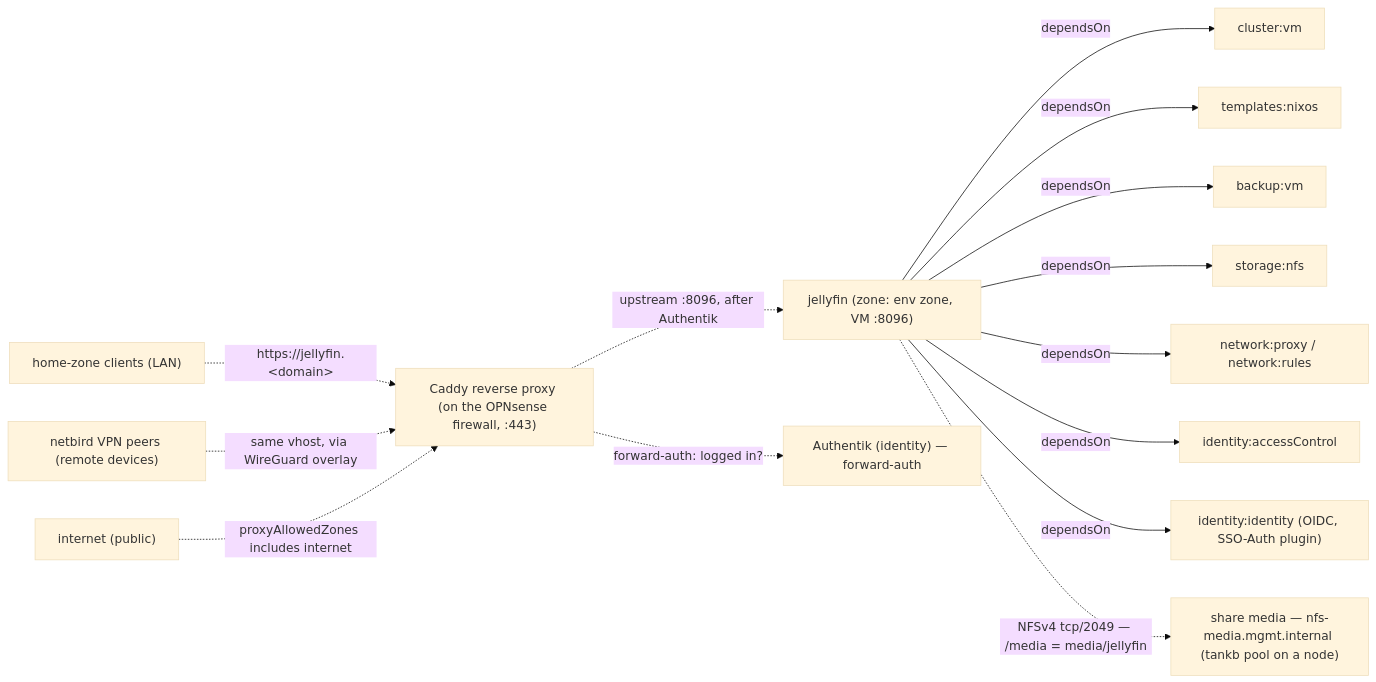
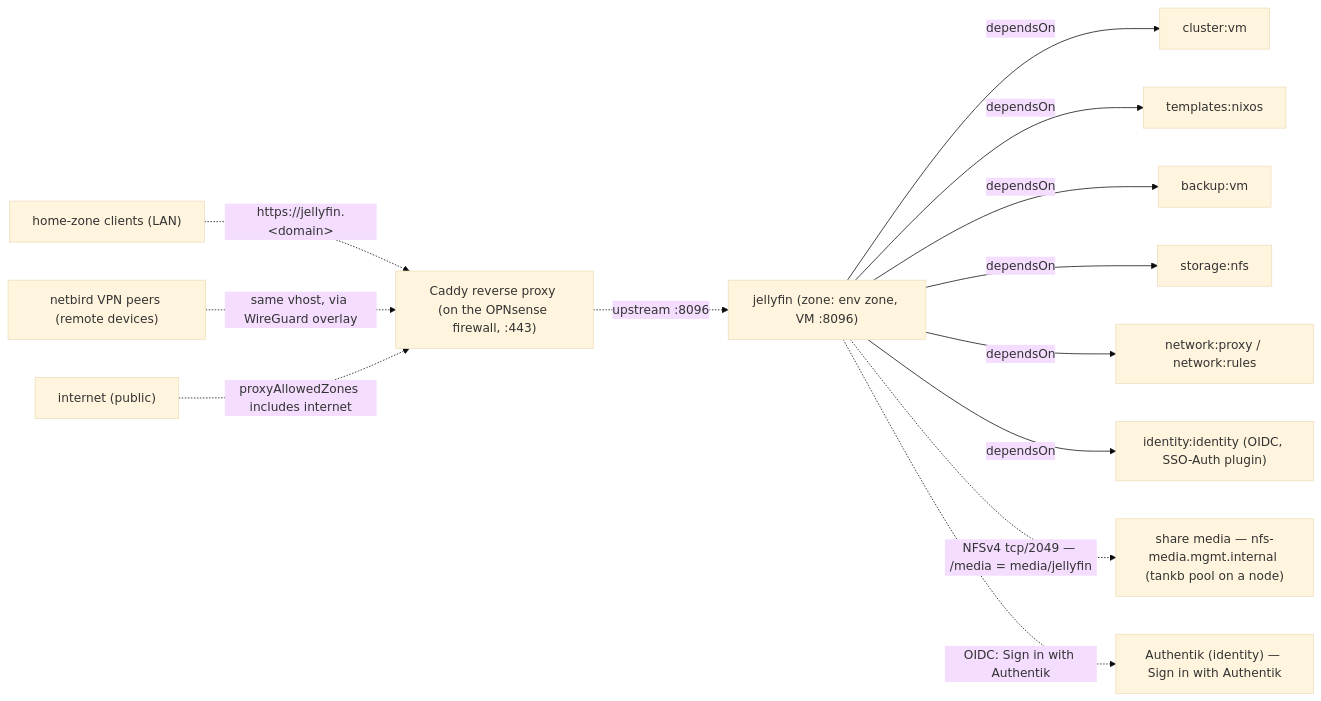
The diagram in src/home/jellyfin/README.md (TAPPaaS/TAPPaaS), drawn with Mermaid (base theme) before and after one commit. The commit also changed other lines of this file and 9 other files, not shown here.

````diff
--- a/src/home/jellyfin/README.md
+++ b/src/home/jellyfin/README.md
@@ -81,32 +81,30 @@
 ```mermaid
 graph LR
     jellyfin["jellyfin (zone: env zone, VM :8096)"]
     cluster["cluster:vm"]
     templates["templates:nixos"]
     backup["backup:vm"]
     nfs["storage:nfs"]
     netproxy["network:proxy / network:rules"]
-    idac["identity:accessControl"]
     idoidc["identity:identity (OIDC, SSO-Auth plugin)"]
     node["share media — nfs-media.mgmt.internal (tankb pool on a node)"]
     caddy["Caddy reverse proxy (on the OPNsense firewall, :443)"]
-    authentik["Authentik (identity) — forward-auth"]
+    authentik["Authentik (identity) — Sign in with Authentik"]
     homeclients["home-zone clients (LAN)"]
     vpnpeers["netbird VPN peers (remote devices)"]
     internet["internet (public)"]
 
     jellyfin -->|dependsOn| cluster
     jellyfin -->|dependsOn| templates
     jellyfin -->|dependsOn| backup
     jellyfin -->|dependsOn| nfs
     jellyfin -->|dependsOn| netproxy
-    jellyfin -->|dependsOn| idac
     jellyfin -->|dependsOn| idoidc
 
     jellyfin -.->|"NFSv4 tcp/2049 — /media = media/jellyfin"| node
     homeclients -.->|"https://jellyfin.&lt;domain&gt;"| caddy
     vpnpeers -.->|"same vhost, via WireGuard overlay"| caddy
     internet -.->|"proxyAllowedZones includes internet"| caddy
-    caddy -.->|"forward-auth: logged in?"| authentik
-    caddy -.->|"upstream :8096, after Authentik"| jellyfin
+    caddy -.->|"upstream :8096"| jellyfin
+    jellyfin -.->|"OIDC: Sign in with Authentik"| authentik
 ```
````
